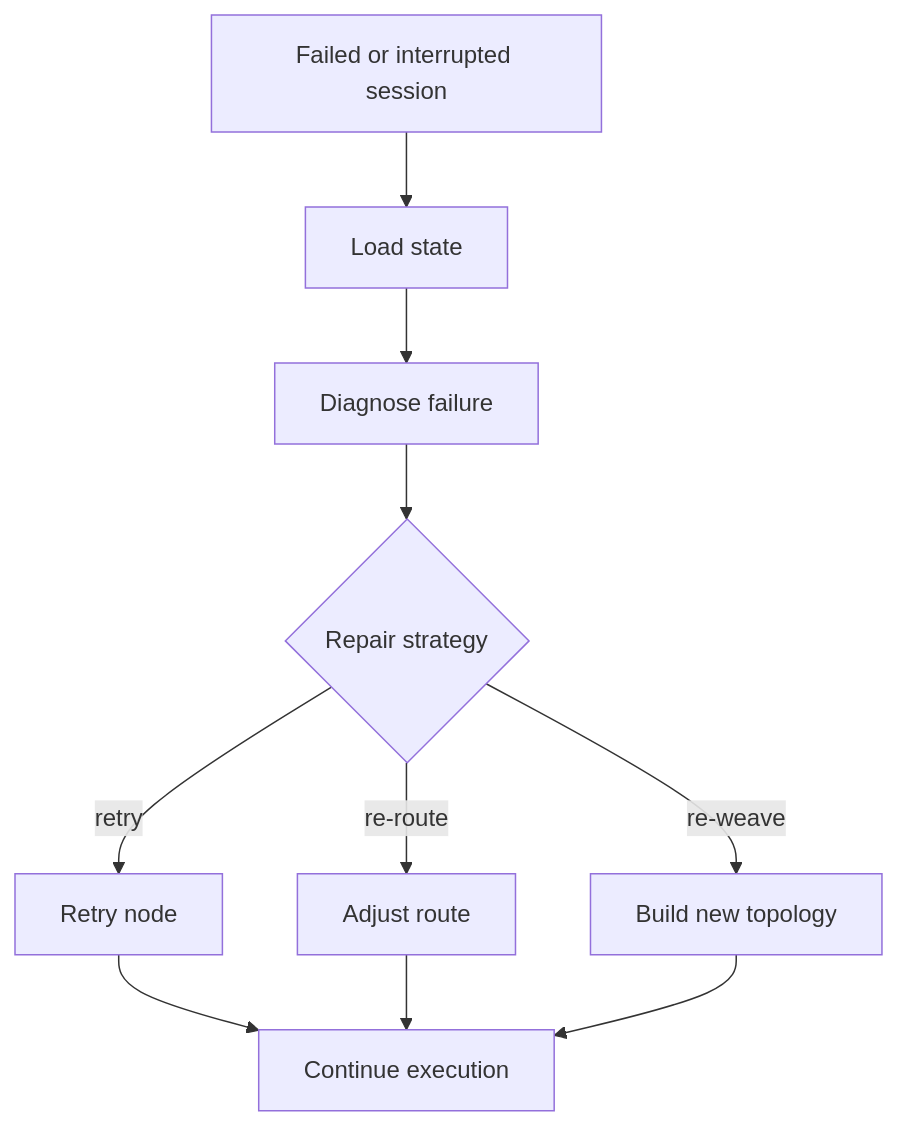
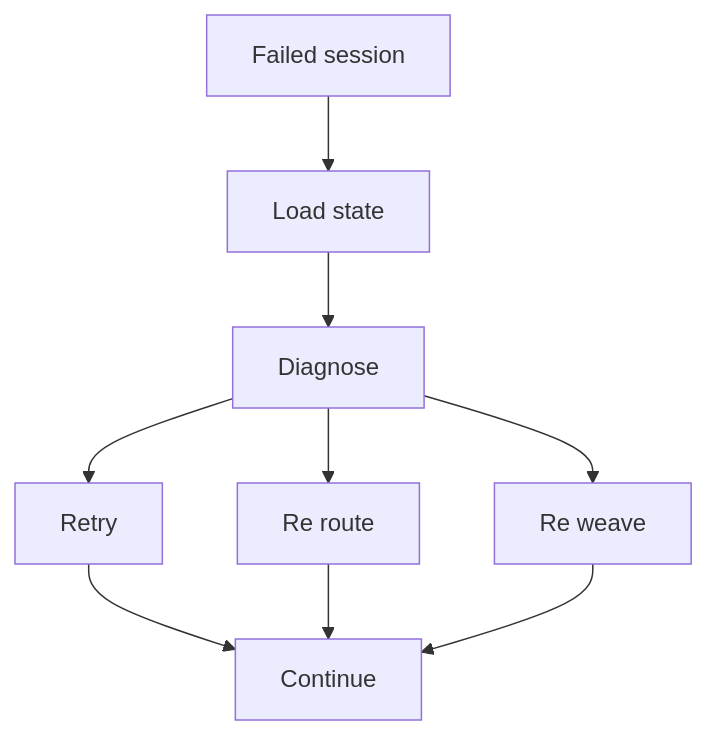
The third of 3 diagrams in docs/reference/cli.md (Strategic-Automation/arachne), drawn with Mermaid before and after one commit. The commit also changed other lines of this file and 2 other files, not shown here.

Commit message:
docs: simplify Mermaid diagrams for GitHub rendering

````diff
--- a/docs/reference/cli.md
+++ b/docs/reference/cli.md
@@ -176,12 +186,18 @@
 ```mermaid
-flowchart TD
-    Failed[Failed or interrupted session] --> Load[Load state]
-    Load --> Diagnose[Diagnose failure]
-    Diagnose --> Strategy{Repair strategy}
-    Strategy -->|retry| Retry[Retry node]
-    Strategy -->|re-route| Reroute[Adjust route]
-    Strategy -->|re-weave| Reweave[Build new topology]
-    Retry --> Continue[Continue execution]
-    Reroute --> Continue
-    Reweave --> Continue
+graph TD
+    A[Failed session]
+    B[Load state]
+    C[Diagnose]
+    D[Retry]
+    E[Re route]
+    F[Re weave]
+    G[Continue]
+    A --> B
+    B --> C
+    C --> D
+    C --> E
+    C --> F
+    D --> G
+    E --> G
+    F --> G
 ```
````
